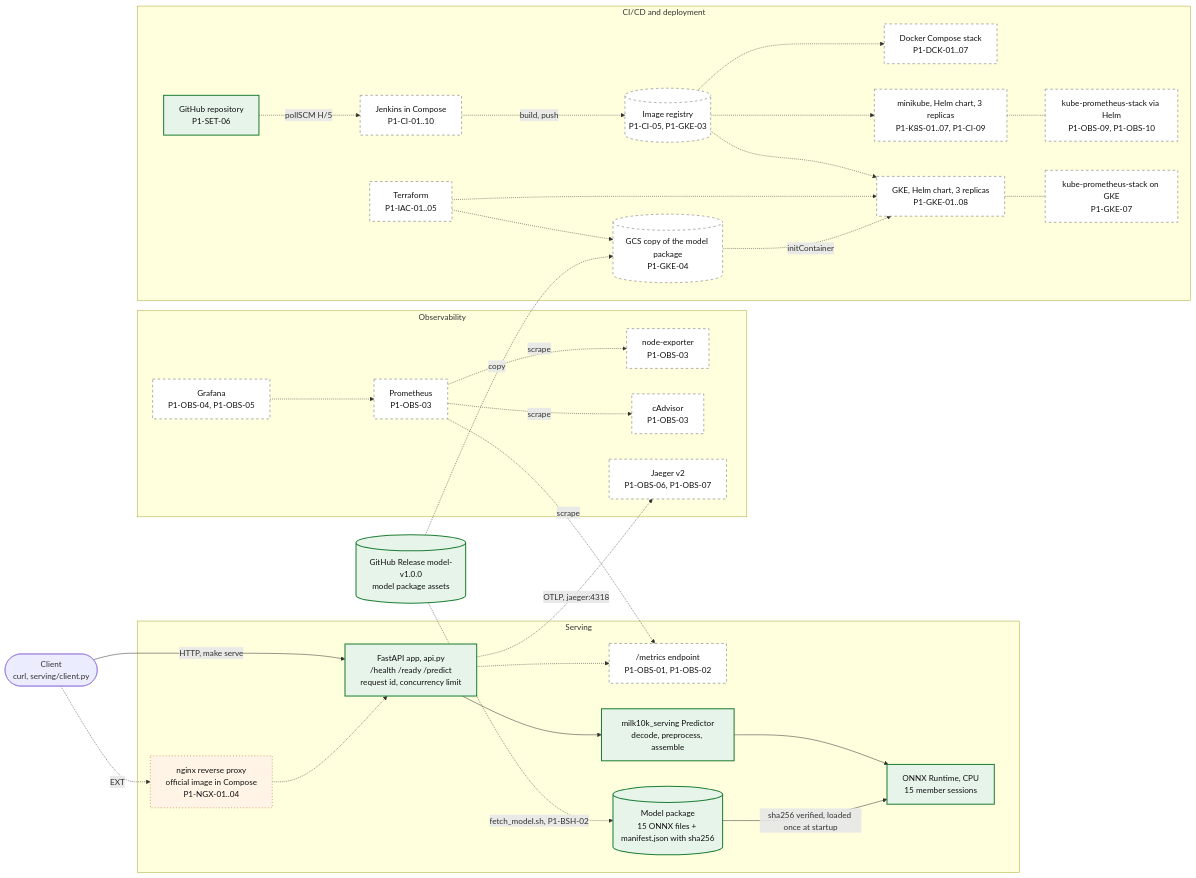
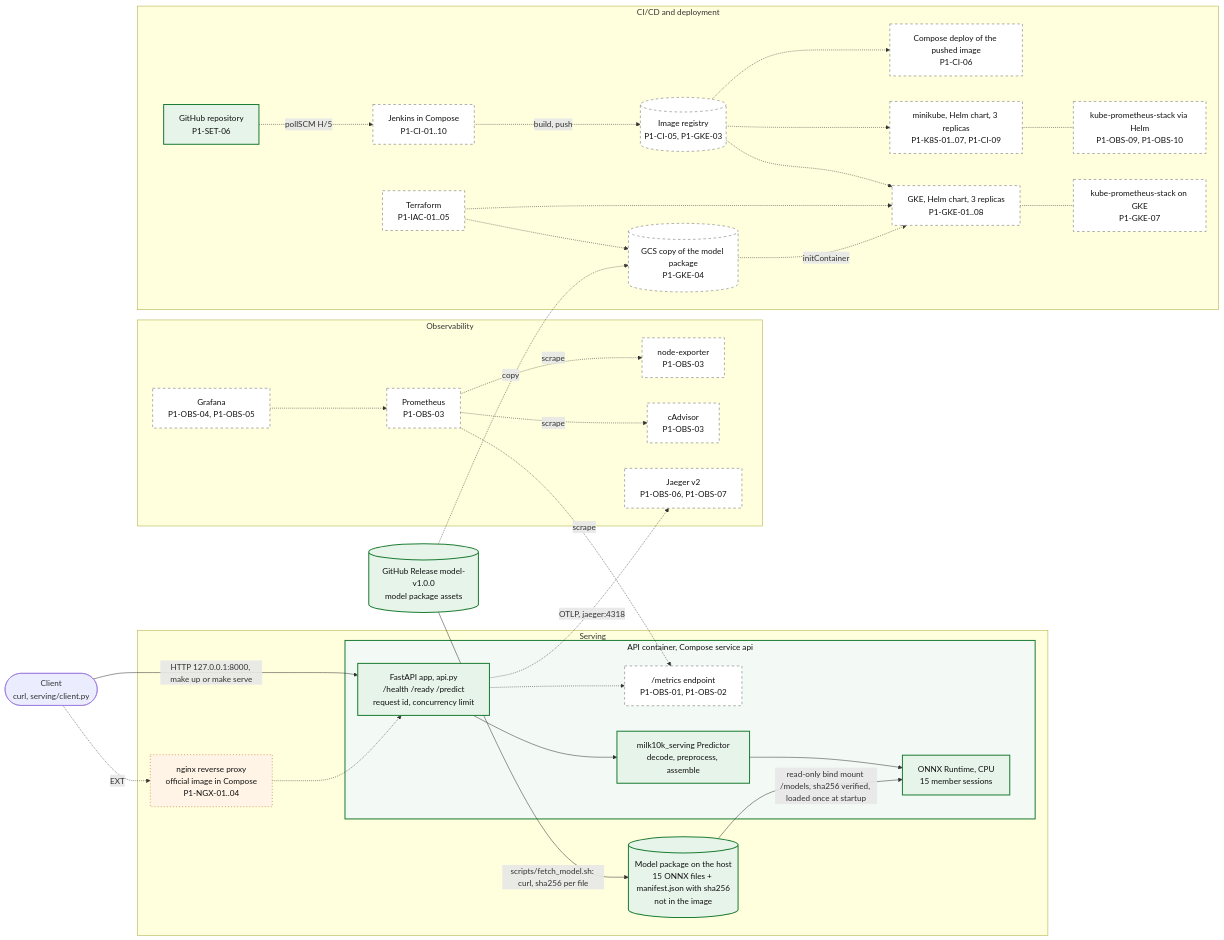
One commit to Yogurt01/milk10k-skin-lesion-mlops changed the first of 3 diagrams in docs/architecture.md. Above: the diagram before and after it, drawn with Mermaid. The commit also changed other lines of this file and 2 other files, not shown here.

Commit message:
Document container measurements, container parity and architecture

````diff
--- a/docs/architecture.md
+++ b/docs/architecture.md
@@ -16,69 +16,72 @@
 ```mermaid
 flowchart LR
     client(["Client<br/>curl, serving/client.py"])
 
     subgraph serving["Serving"]
         nginx["nginx reverse proxy<br/>official image in Compose<br/>P1-NGX-01..04"]
-        api["FastAPI app, api.py<br/>/health /ready /predict<br/>request id, concurrency limit"]
-        metrics["/metrics endpoint<br/>P1-OBS-01, P1-OBS-02"]
-        pred["milk10k_serving Predictor<br/>decode, preprocess, assemble"]
-        ort["ONNX Runtime, CPU<br/>15 member sessions"]
-        pkg[("Model package<br/>15 ONNX files + manifest.json with sha256")]
+        subgraph container["API container, Compose service api"]
+            api["FastAPI app, api.py<br/>/health /ready /predict<br/>request id, concurrency limit"]
+            metrics["/metrics endpoint<br/>P1-OBS-01, P1-OBS-02"]
+            pred["milk10k_serving Predictor<br/>decode, preprocess, assemble"]
+            ort["ONNX Runtime, CPU<br/>15 member sessions"]
+        end
+        pkg[("Model package on the host<br/>15 ONNX files + manifest.json with sha256<br/>not in the image")]
     end
 
     release[("GitHub Release model-v1.0.0<br/>model package assets")]
 
     subgraph obs["Observability"]
         prom["Prometheus<br/>P1-OBS-03"]
         graf["Grafana<br/>P1-OBS-04, P1-OBS-05"]
         nodeexp["node-exporter<br/>P1-OBS-03"]
         cadv["cAdvisor<br/>P1-OBS-03"]
         jaeger["Jaeger v2<br/>P1-OBS-06, P1-OBS-07"]
     end
 
     subgraph cicd["CI/CD and deployment"]
         repo["GitHub repository<br/>P1-SET-06"]
         jenkins["Jenkins in Compose<br/>P1-CI-01..10"]
         registry[("Image registry<br/>P1-CI-05, P1-GKE-03")]
-        compose["Docker Compose stack<br/>P1-DCK-01..07"]
+        compose["Compose deploy of the pushed image<br/>P1-CI-06"]
         mk["minikube, Helm chart, 3 replicas<br/>P1-K8S-01..07, P1-CI-09"]
         kps["kube-prometheus-stack via Helm<br/>P1-OBS-09, P1-OBS-10"]
         tf["Terraform<br/>P1-IAC-01..05"]
         gke["GKE, Helm chart, 3 replicas<br/>P1-GKE-01..08"]
         gcs[("GCS copy of the model package<br/>P1-GKE-04")]
         kpsg["kube-prometheus-stack on GKE<br/>P1-GKE-07"]
     end
 
-    client -->|"HTTP, make serve"| api
+    client -->|"HTTP 127.0.0.1:8000, make up or make serve"| api
     client -.->|EXT| nginx
     nginx -.-> api
     api --> pred
     pred --> ort
-    pkg -->|"sha256 verified, loaded once at startup"| ort
-    release -.->|"fetch_model.sh, P1-BSH-02"| pkg
+    pkg -->|"read-only bind mount /models, sha256 verified, loaded once at startup"| ort
+    release -->|"scripts/fetch_model.sh: curl, sha256 per file"| pkg
     api -.-> metrics
     prom -.->|scrape| metrics
     prom -.->|scrape| nodeexp
     prom -.->|scrape| cadv
     graf -.-> prom
     api -.->|"OTLP, jaeger:4318"| jaeger
 
     repo -.->|"pollSCM H/5"| jenkins
     jenkins -.->|"build, push"| registry
     registry -.-> compose
     registry -.-> mk
     registry -.-> gke
     mk -.- kps
     tf -.-> gke
     tf -.-> gcs
     release -.->|copy| gcs
     gcs -.->|initContainer| gke
     gke -.- kpsg
 
     classDef implemented fill:#e6f4ea,stroke:#1e7e34,stroke-width:2px,color:#111111
     classDef planned fill:#ffffff,stroke:#666666,stroke-width:1px,stroke-dasharray:5 5,color:#111111
     classDef ext fill:#fff4e5,stroke:#b35c00,stroke-width:1px,stroke-dasharray:2 4,color:#111111
     class api,pred,ort,pkg,release,repo implemented
+    style container fill:#f3faf5,stroke:#1e7e34,stroke-width:2px,color:#111111
     class metrics,prom,graf,nodeexp,cadv,jaeger,jenkins,registry,compose,mk,kps,tf,gke,gcs,kpsg planned
     class nginx ext
 ```
````
